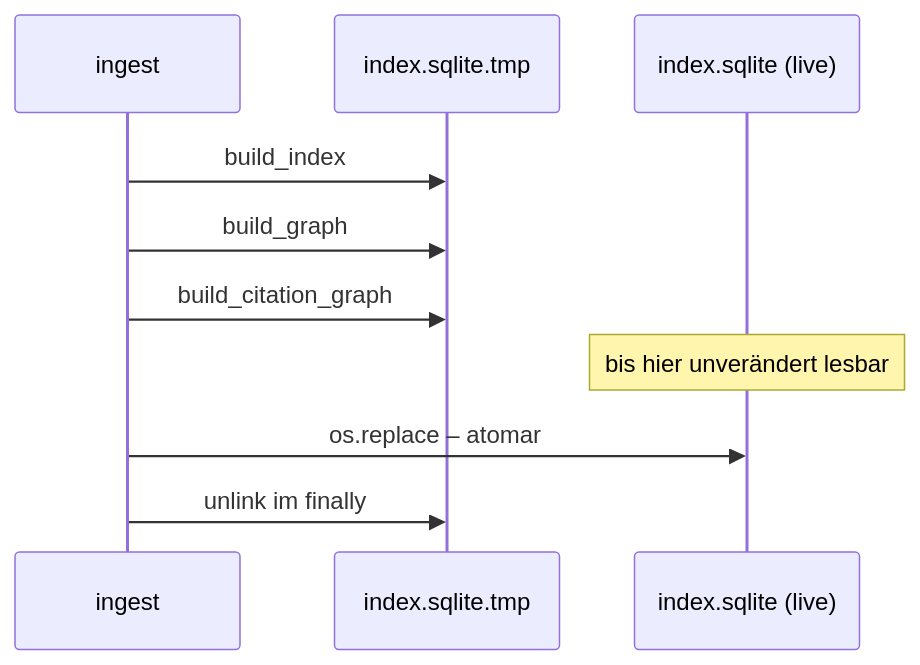
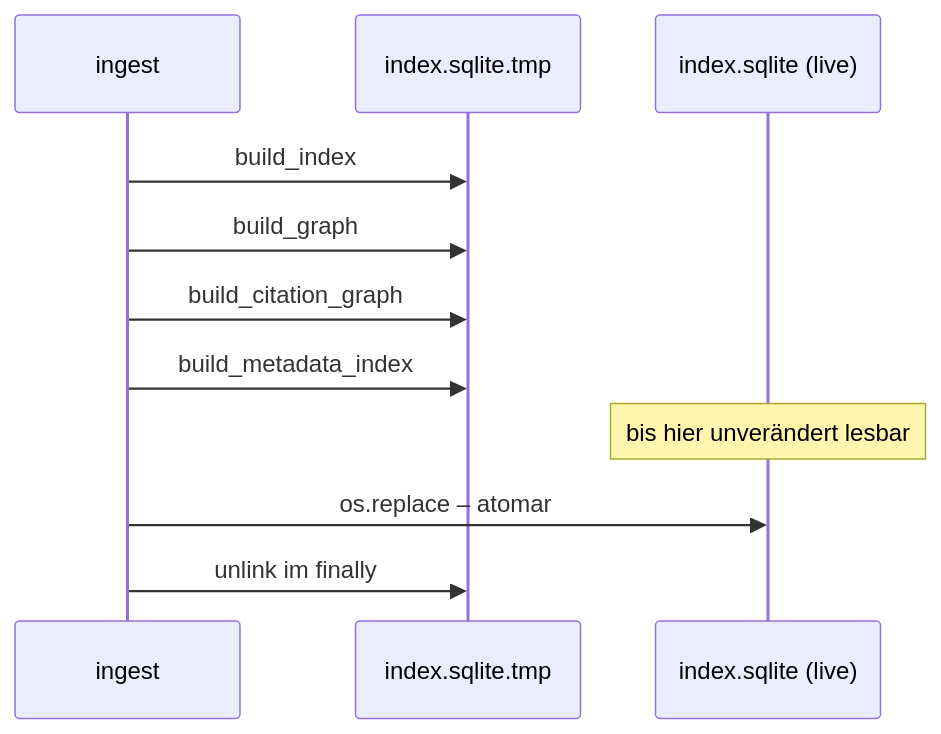
Before and after one commit to MomoEngineer/research-graphrag: the second of 3 diagrams in src/research_graphrag/doc/pipeline.md, drawn with Mermaid. The commit also changed other lines of this file and 89 other files, not shown here.

````diff
--- a/src/research_graphrag/doc/pipeline.md
+++ b/src/research_graphrag/doc/pipeline.md
@@ -72,12 +73,13 @@
 ```mermaid
 sequenceDiagram
     participant I as ingest
     participant T as index.sqlite.tmp
     participant L as index.sqlite (live)
     I->>T: build_index
     I->>T: build_graph
     I->>T: build_citation_graph
+    I->>T: build_metadata_index
     Note over L: bis hier unverändert lesbar
     I->>L: os.replace – atomar
     I->>T: unlink im finally
 ```
````
